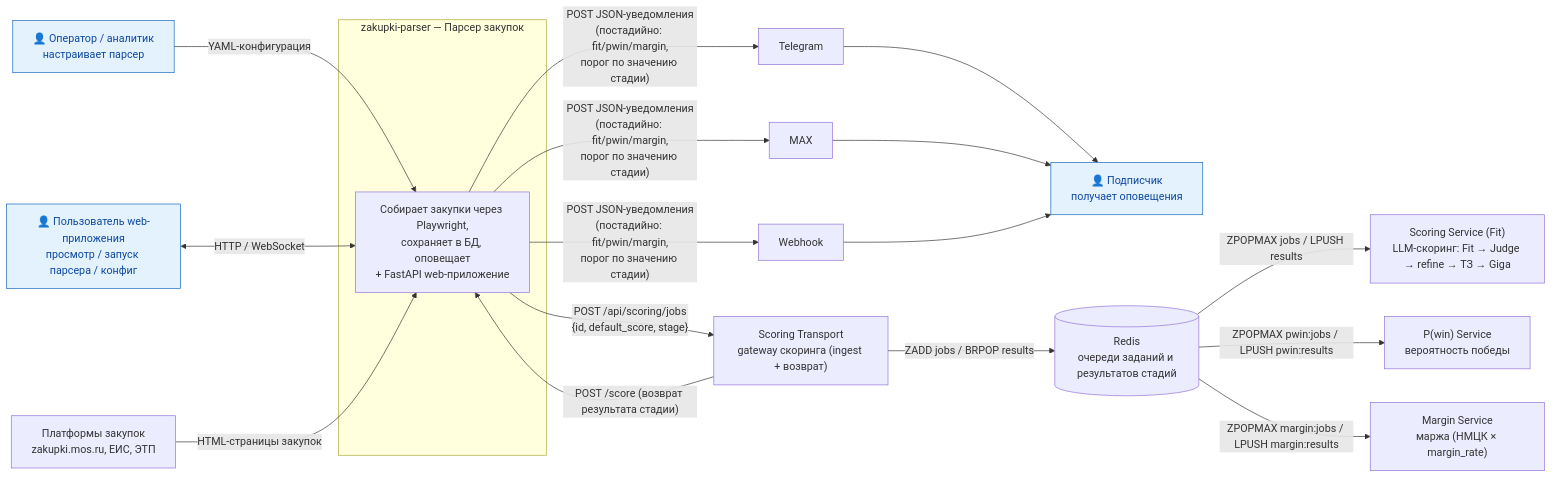
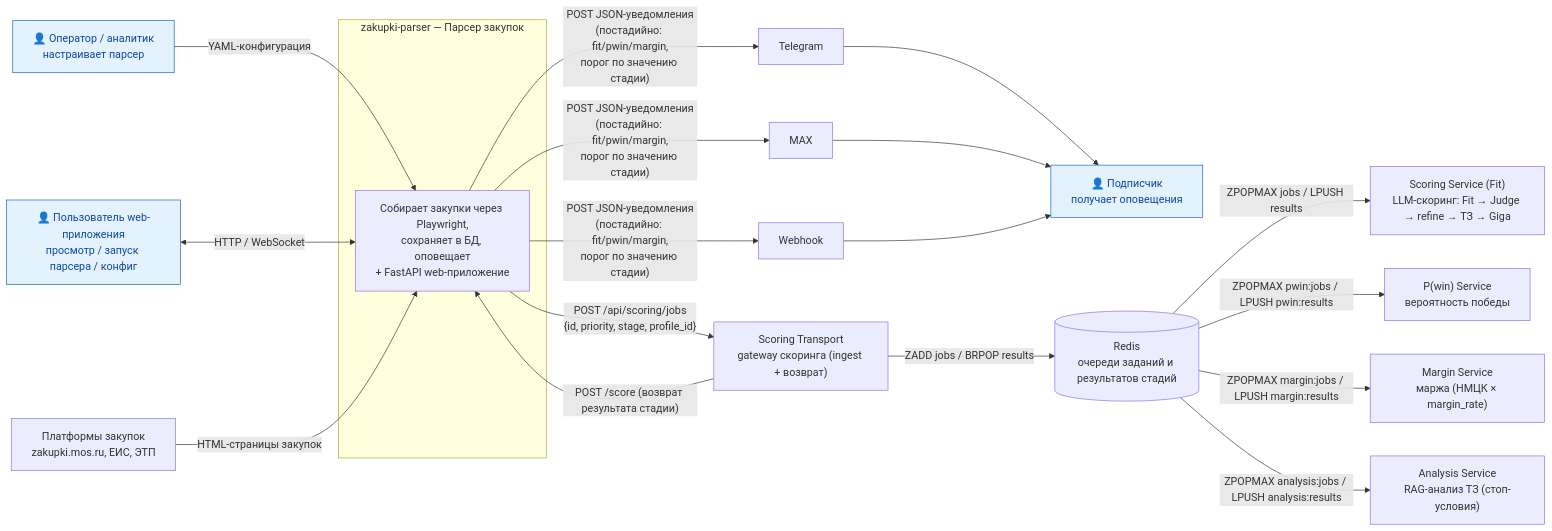
Before and after one commit to igorvolk1961/zakupki_parser: the diagram in docs/c4/context.md, drawn with Mermaid. The commit also changed other lines of this file and 14 other files, not shown here.

````diff
--- a/docs/c4/context.md
+++ b/docs/c4/context.md
@@ -5,40 +5,42 @@
 ```mermaid
 flowchart LR
     classDef actor fill:#e3f2fd,stroke:#1565c0,color:#0d47a1
 
     U["👤 Оператор / аналитик<br/>настраивает парсер"]
     S["👤 Подписчик<br/>получает оповещения"]
     W["👤 Пользователь web-приложения<br/>просмотр / запуск парсера / конфиг"]
 
     subgraph System["zakupki-parser — Парсер закупок"]
         P["Собирает закупки через Playwright,<br/>сохраняет в БД, оповещает<br/>+ FastAPI web-приложение"]
     end
 
     Z["Платформы закупок<br/>zakupki.mos.ru, ЕИС, ЭТП"]
     TR["Scoring Transport<br/>gateway скоринга (ingest + возврат)"]
     RS[("Redis<br/>очереди заданий и результатов стадий")]
     SF["Scoring Service (Fit)<br/>LLM-скоринг: Fit → Judge → refine → ТЗ → Giga"]
     SP["P(win) Service<br/>вероятность победы"]
     SM["Margin Service<br/>маржа (НМЦК × margin_rate)"]
+    AN["Analysis Service<br/>RAG-анализ ТЗ (стоп-условия)"]
     TG["Telegram"]
     MX["MAX"]
     WH["Webhook"]
 
     U -->|"YAML-конфигурация"| P
     W <-->|"HTTP / WebSocket"| P
     Z -->|"HTML-страницы закупок"| P
-    P -->|"POST /api/scoring/jobs<br/>{id, default_score, stage}"| TR
+    P -->|"POST /api/scoring/jobs<br/>{id, priority, stage, profile_id}"| TR
     TR -->|"ZADD jobs / BRPOP results"| RS
     RS -->|"ZPOPMAX jobs / LPUSH results"| SF
     RS -->|"ZPOPMAX pwin:jobs / LPUSH pwin:results"| SP
     RS -->|"ZPOPMAX margin:jobs / LPUSH margin:results"| SM
+    RS -->|"ZPOPMAX analysis:jobs / LPUSH analysis:results"| AN
     TR -->|"POST /score (возврат результата стадии)"| P
     P -->|"POST JSON-уведомления<br/>(постадийно: fit/pwin/margin,<br/>порог по значению стадии)"| TG
     P -->|"POST JSON-уведомления<br/>(постадийно: fit/pwin/margin,<br/>порог по значению стадии)"| MX
     P -->|"POST JSON-уведомления<br/>(постадийно: fit/pwin/margin,<br/>порог по значению стадии)"| WH
     TG --> S
     MX --> S
     WH --> S
 
     class U,S,W actor
 ```
````
